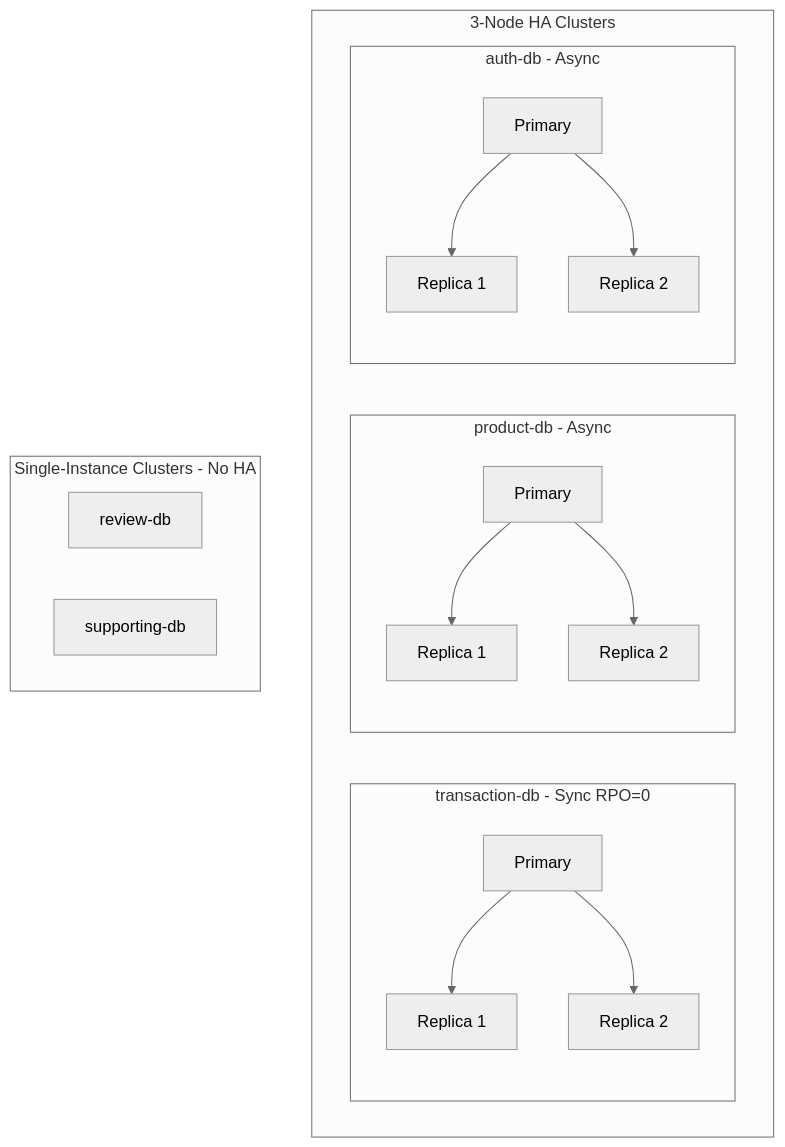
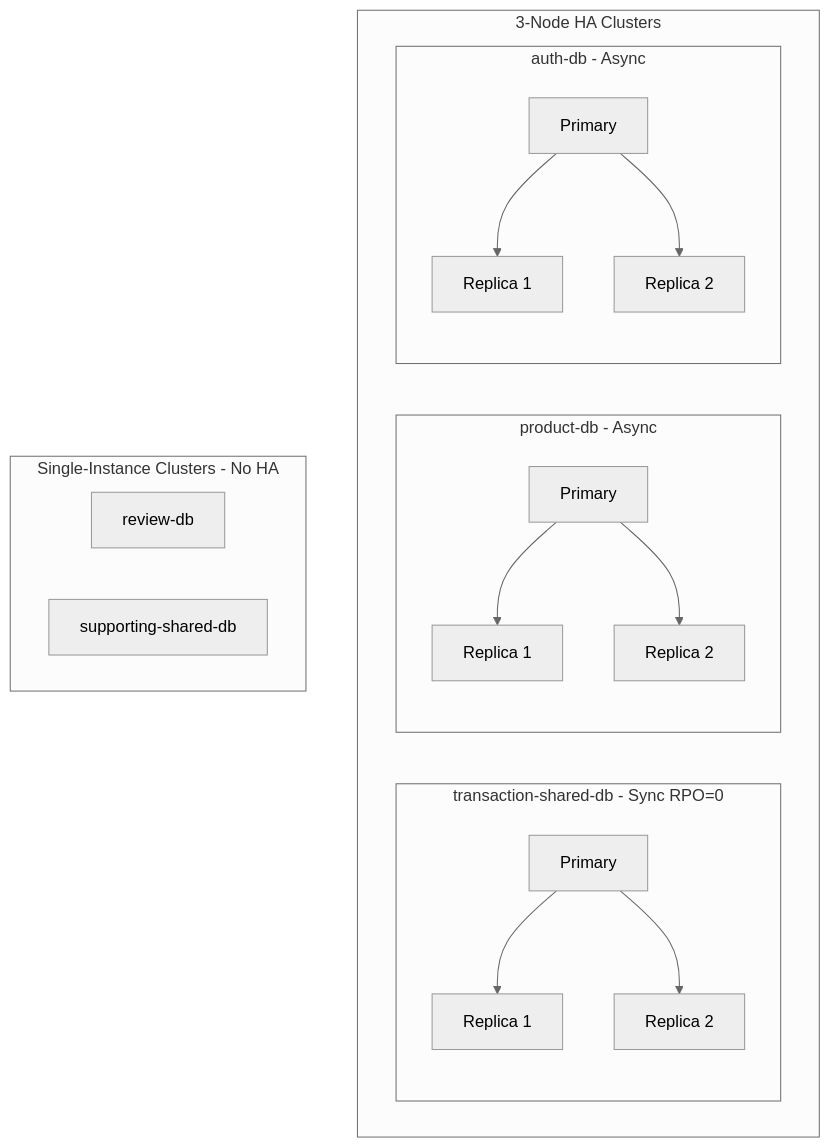
Before and after one commit to duynhlab/homelab: the first of 12 diagrams in docs/databases/replication_strategy.md, drawn with Mermaid (neutral theme). The commit also changed other lines of this file and 11 other files, not shown here.

````diff
--- a/docs/databases/replication_strategy.md
+++ b/docs/databases/replication_strategy.md
@@ -19,31 +19,31 @@
 ```mermaid
 flowchart TB
     subgraph HA [3-Node HA Clusters]
-        subgraph transaction [transaction-db - Sync RPO=0]
+        subgraph transaction [transaction-shared-db - Sync RPO=0]
             T1[Primary]
             T2[Replica 1]
             T3[Replica 2]
             T1 --> T2
             T1 --> T3
         end
         subgraph product [product-db - Async]
             P1[Primary]
             P2[Replica 1]
             P3[Replica 2]
             P1 --> P2
             P1 --> P3
         end
         subgraph auth [auth-db - Async]
             A1[Primary]
             A2[Replica 1]
             A3[Replica 2]
             A1 --> A2
             A1 --> A3
         end
     end
 
     subgraph Single [Single-Instance Clusters - No HA]
         R1[review-db]
-        S1[supporting-db]
+        S1[supporting-shared-db]
     end
 ```
````
